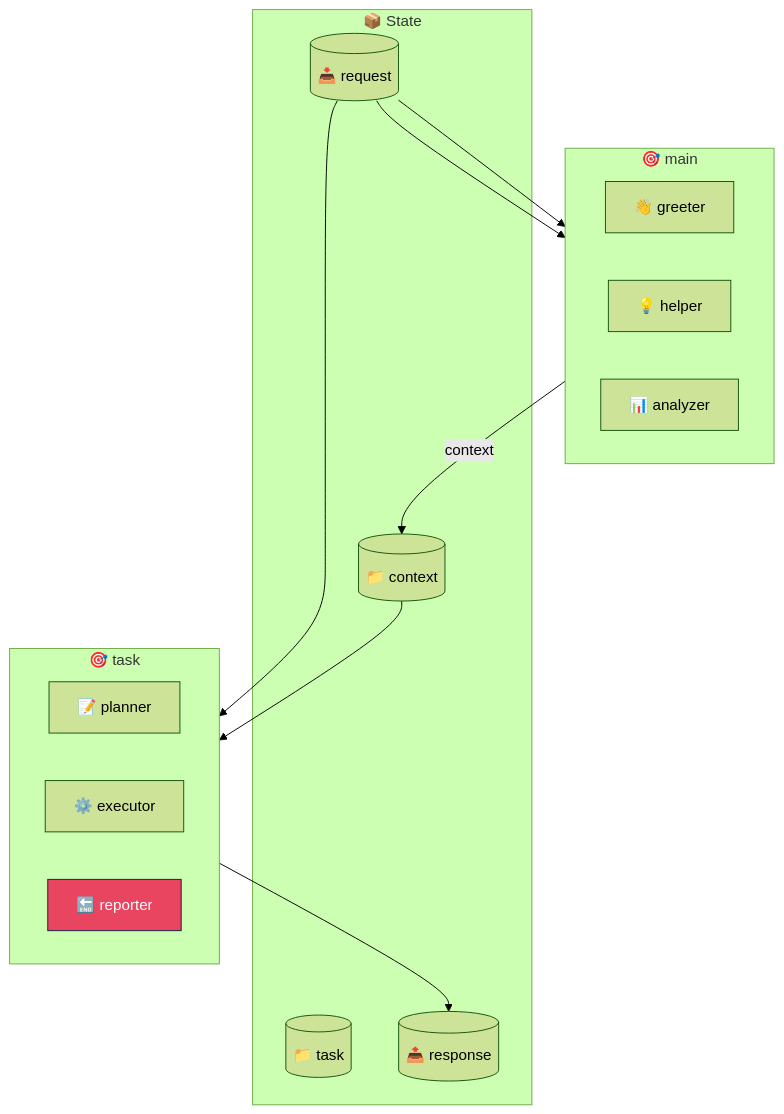
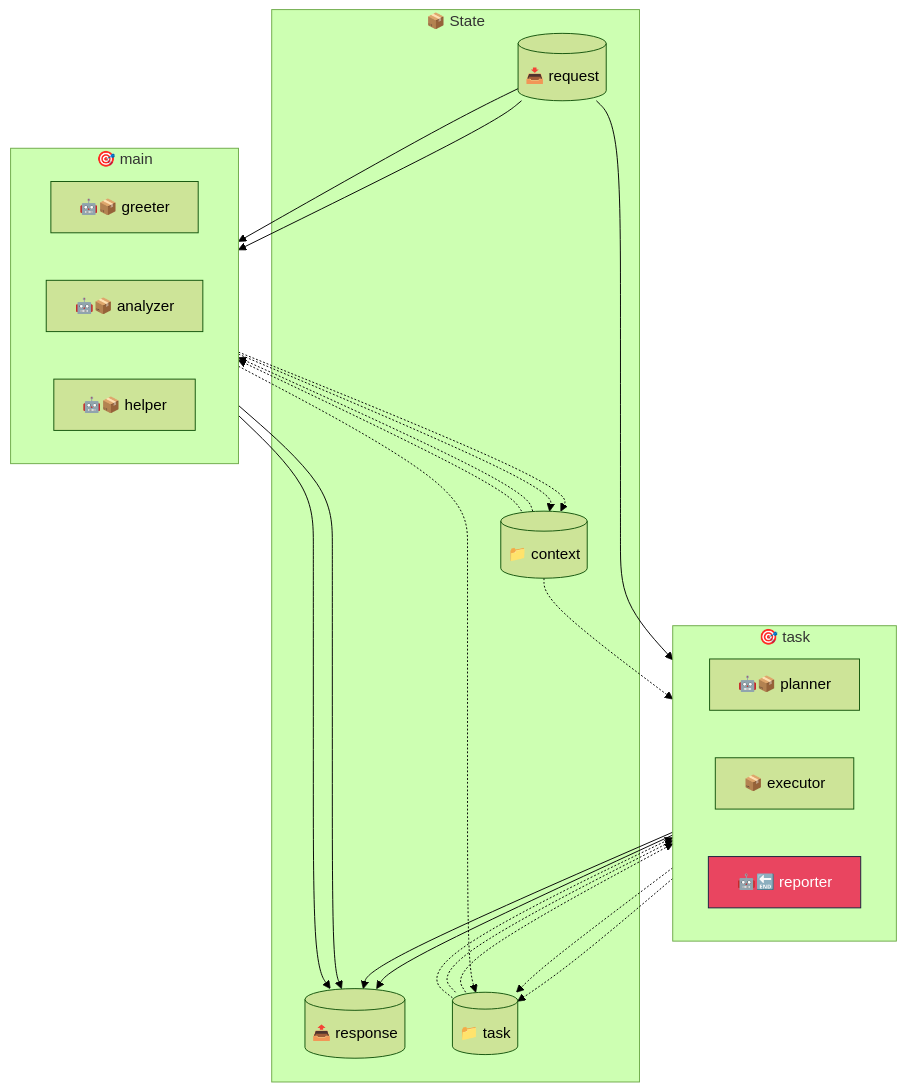
One commit to Pablo11111544545/agent-contracts changed the third of 5 diagrams in docs/ARCHITECTURE_SAMPLE.md. Above: the diagram before and after it, drawn with Mermaid (forest theme). The commit also changed other lines of this file and 5 other files, not shown here.

Commit message:
feat: Add LangGraph flow visualization to ContractVisualizer and update documentation.

````diff
--- a/docs/ARCHITECTURE_SAMPLE.md
+++ b/docs/ARCHITECTURE_SAMPLE.md
@@ -62,36 +89,48 @@
 ```mermaid
 flowchart TB
     subgraph slices["📦 State"]
+        slice_context[("📁 context")]
         slice_request[("📥 request")]
-        slice_context[("📁 context")]
+        slice_response[("📤 response")]
         slice_task[("📁 task")]
-        slice_response[("📤 response")]
     end
 
     subgraph sup_main["🎯 main"]
         direction LR
-        greeter["👋 greeter"]
-        helper["💡 helper"]
-        analyzer["📊 analyzer"]
+        greeter["🤖📦 greeter"]
+        analyzer["🤖📦 analyzer"]
+        helper["🤖📦 helper"]
     end
     subgraph sup_task["🎯 task"]
         direction LR
-        planner["📝 planner"]
-        executor["⚙️ executor"]
-        reporter["🔚 reporter"]
+        planner["🤖📦 planner"]
+        executor["📦 executor"]
+        reporter["🤖🔚 reporter"]
     end
 
     %% Entry points
     slice_request --> greeter
     slice_request --> helper
     slice_request --> planner
-    %% Terminal outputs
+    %% Response outputs
+    greeter --> slice_response
+    helper --> slice_response
+    executor --> slice_response
     reporter --> slice_response
-    %% Cross-supervisor data
-    sup_main -->|context| slice_context
-    slice_context --> sup_task
+    %% Slice data flows
+    greeter -.-> slice_context
+    analyzer -.-> slice_context
+    slice_context -.-> analyzer
+    slice_context -.-> helper
+    slice_context -.-> planner
+    helper -.-> slice_task
+    planner -.-> slice_task
+    executor -.-> slice_task
+    slice_task -.-> planner
+    slice_task -.-> executor
+    slice_task -.-> reporter
 
     classDef slice fill:#f5f5f5,stroke:#999
     classDef terminal fill:#e94560,stroke:#16213e,color:#fff
     class reporter terminal
 ```
````
